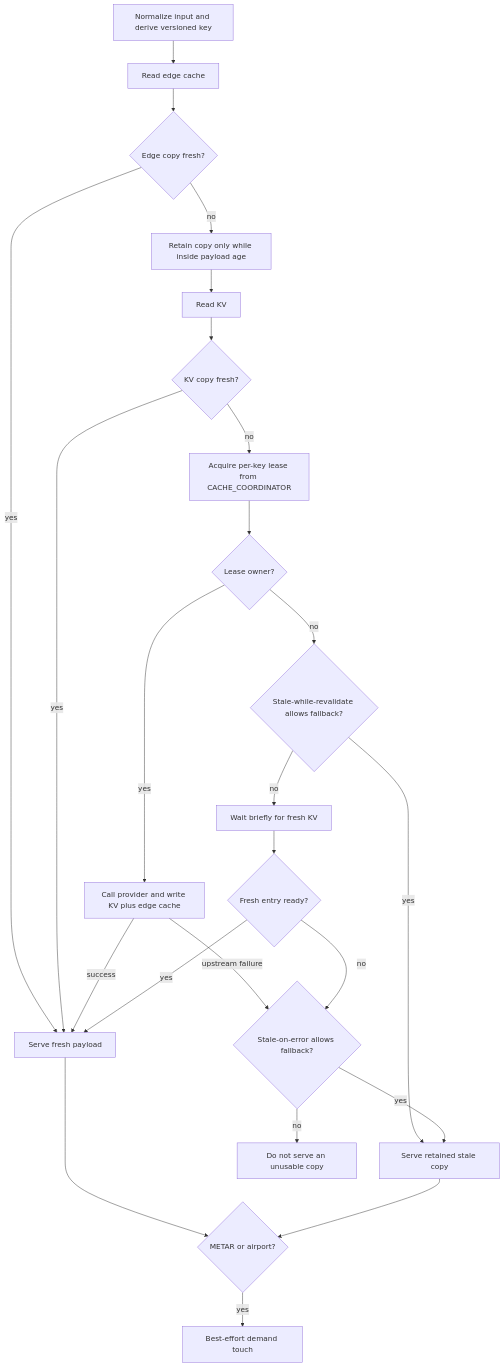
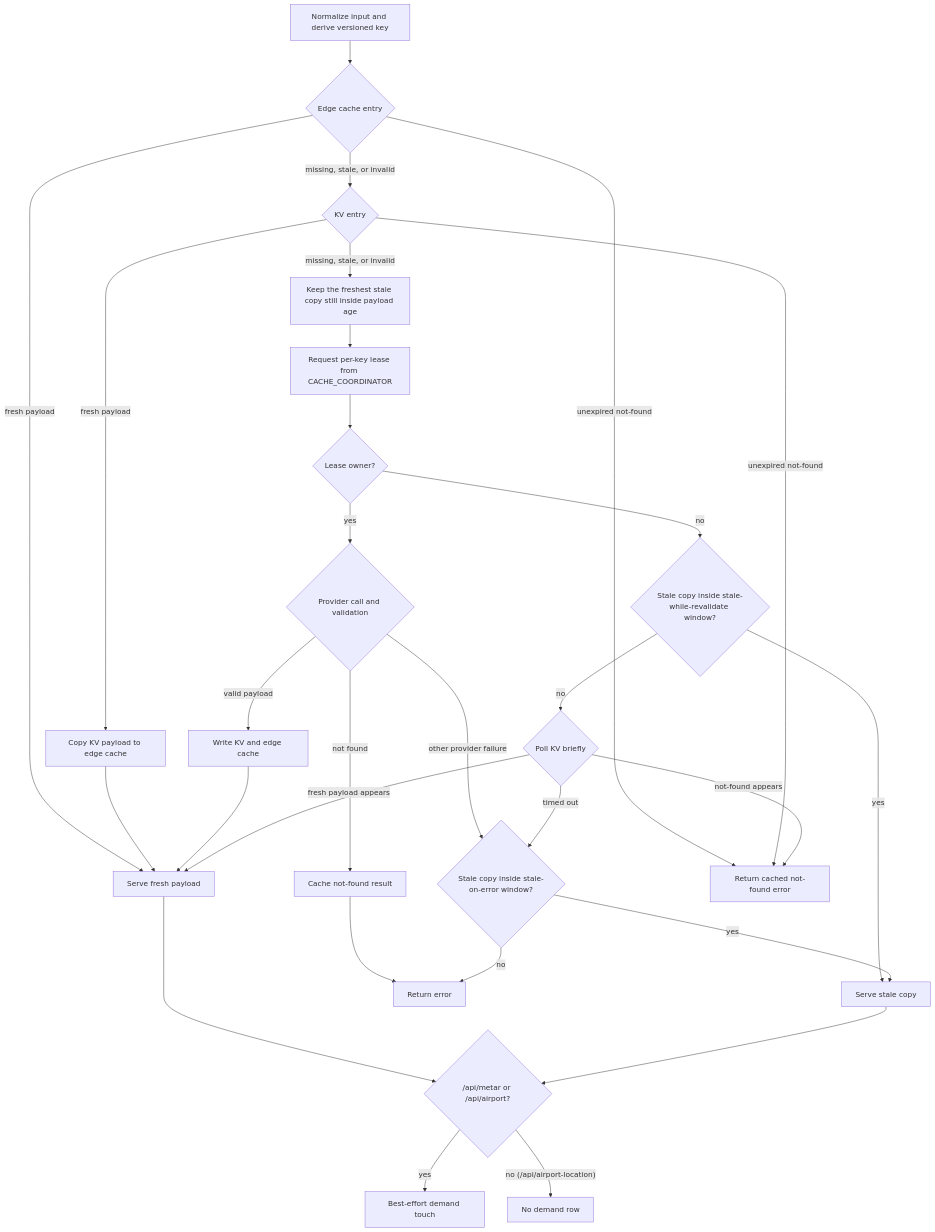
The first of 2 diagrams in docs/cache-architecture.md (benvon/runway-picker), drawn with Mermaid before and after one commit. The commit also changed other lines of this file and 1 other file, not shown here.

First line of the commit message:
docs: align cache and lookup diagrams with the Worker code

````diff
--- a/docs/cache-architecture.md
+++ b/docs/cache-architecture.md
@@ -43,39 +43,47 @@
 ```mermaid
 flowchart TD
   normalize["Normalize input and derive versioned key"]
-  edge["Read edge cache"]
-  edgeFresh{"Edge copy fresh?"}
-  kv["Read KV"]
-  kvFresh{"KV copy fresh?"}
-  hold["Retain copy only while inside payload age"]
-  lease["Acquire per-key lease from CACHE_COORDINATOR"]
+  edge{"Edge cache entry"}
+  kv{"KV entry"}
+  promote["Copy KV payload to edge cache"]
+  keepStale["Keep the freshest stale copy still inside payload age"]
+  lease["Request per-key lease from CACHE_COORDINATOR"]
   owner{"Lease owner?"}
-  provider["Call provider and write KV plus edge cache"]
-  swr{"Stale-while-revalidate allows fallback?"}
-  wait["Wait briefly for fresh KV"]
-  freshReady{"Fresh entry ready?"}
-  soe{"Stale-on-error allows fallback?"}
+  provider{"Provider call and validation"}
+  writePayload["Write KV and edge cache"]
+  writeNegative["Cache not-found result"]
+  swr{"Stale copy inside stale-while-revalidate window?"}
+  wait{"Poll KV briefly"}
+  soe{"Stale copy inside stale-on-error window?"}
   serve["Serve fresh payload"]
-  serveStale["Serve retained stale copy"]
-  hot{"METAR or airport?"}
+  serveStale["Serve stale copy"]
+  cachedError["Return cached not-found error"]
+  errorOut["Return error"]
+  hot{"/api/metar or /api/airport?"}
   touch["Best-effort demand touch"]
+  noTouch["No demand row"]
 
-  normalize --> edge --> edgeFresh
-  edgeFresh -->|yes| serve
-  edgeFresh -->|no| hold --> kv --> kvFresh
-  kvFresh -->|yes| serve
-  kvFresh -->|no| lease --> owner
+  normalize --> edge
+  edge -->|fresh payload| serve
+  edge -->|unexpired not-found| cachedError
+  edge -->|"missing, stale, or invalid"| kv
+  kv -->|fresh payload| promote --> serve
+  kv -->|unexpired not-found| cachedError
+  kv -->|"missing, stale, or invalid"| keepStale --> lease --> owner
   owner -->|yes| provider
-  provider -->|success| serve
-  provider -->|upstream failure| soe
+  provider -->|valid payload| writePayload --> serve
+  provider -->|not found| writeNegative --> errorOut
+  provider -->|other provider failure| soe
   owner -->|no| swr
   swr -->|yes| serveStale
-  swr -->|no| wait --> freshReady
-  freshReady -->|yes| serve
-  freshReady -->|no| soe
+  swr -->|no| wait
+  wait -->|fresh payload appears| serve
+  wait -->|not-found appears| cachedError
+  wait -->|timed out| soe
   soe -->|yes| serveStale
-  soe -->|no| failClosed["Do not serve an unusable copy"]
+  soe -->|no| errorOut
   serve --> hot
   serveStale --> hot
   hot -->|yes| touch
+  hot -->|"no (/api/airport-location)"| noTouch
 ```
````
